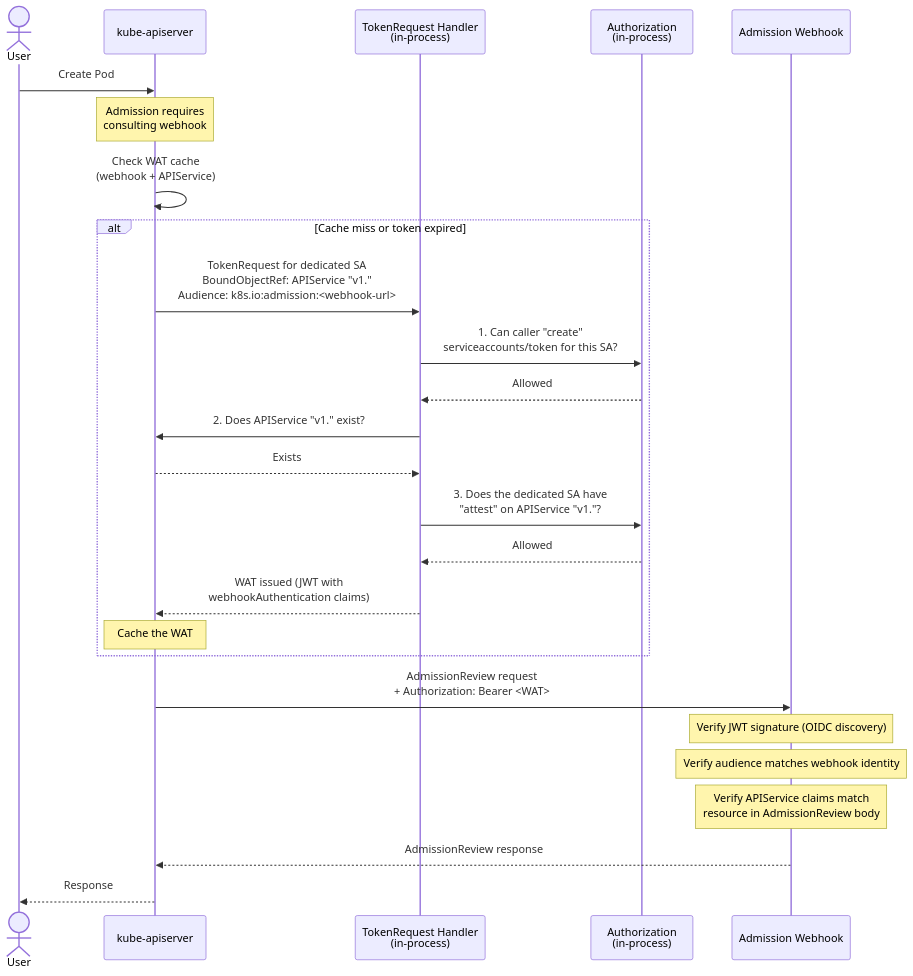
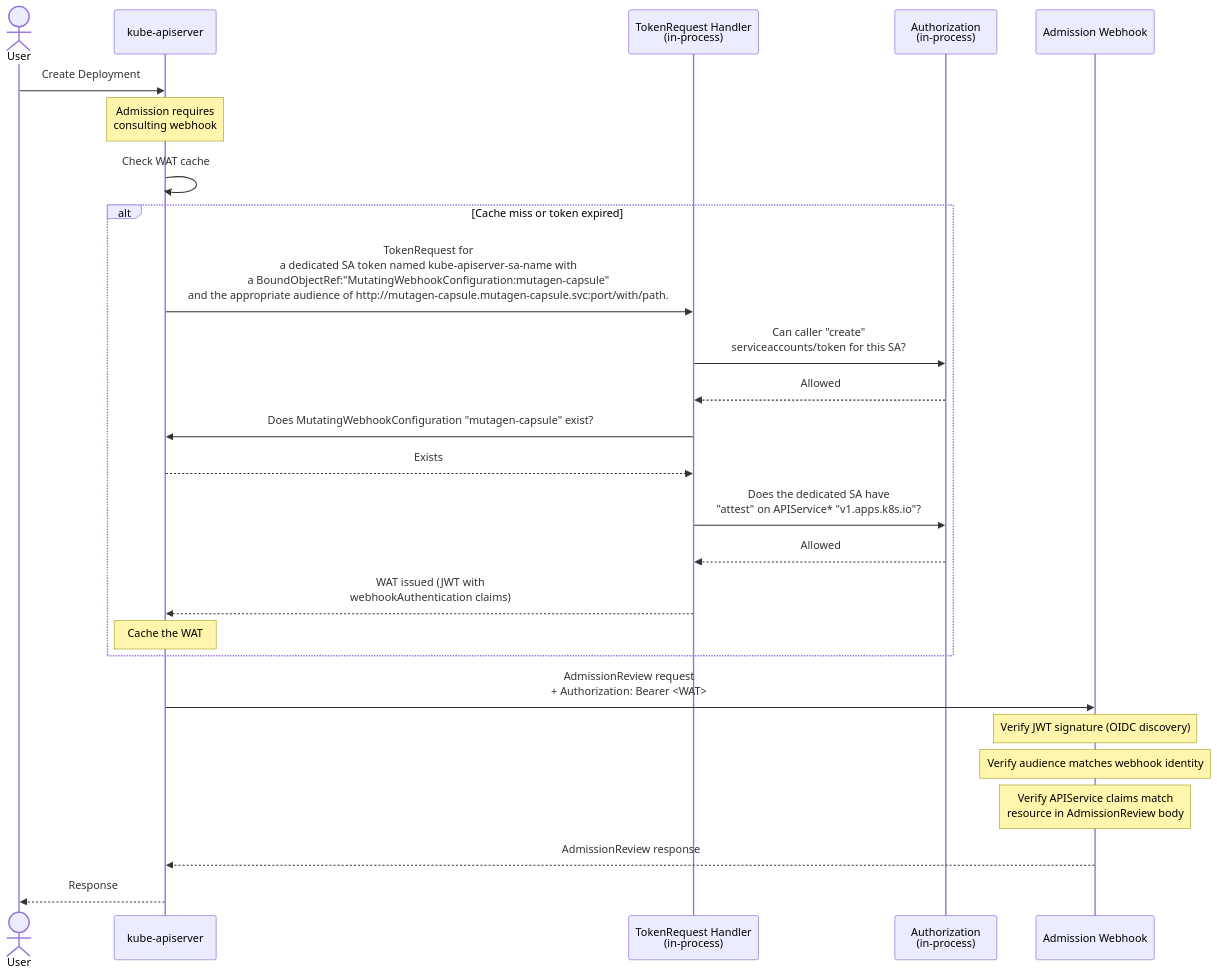
One commit to pmengelbert/enhancements changed the first of 2 diagrams in keps/sig-auth/6060-api-server-authentication-to-webhooks/README.md. Above: the diagram before and after it, drawn with Mermaid. The commit also changed other lines of this file, not shown here.

Commit message:
mermaid diagram 1:revisions

````diff
--- a/keps/sig-auth/6060-api-server-authentication-to-webhooks/README.md
+++ b/keps/sig-auth/6060-api-server-authentication-to-webhooks/README.md
@@ -385,38 +435,39 @@
 ```mermaid
 sequenceDiagram
     actor User
     participant KAS as kube-apiserver
     participant TokenReq as TokenRequest Handler<br/>(in-process)
     participant Authz as Authorization<br/>(in-process)
     participant Webhook as Admission Webhook
 
-    User->>KAS: Create Pod
+    User->>KAS: Create Deployment
 
     Note over KAS: Admission requires<br/>consulting webhook
 
-    KAS->>KAS: Check WAT cache<br/>(webhook + APIService)
+    KAS->>KAS: Check WAT cache
     alt Cache miss or token expired
-        KAS->>TokenReq: TokenRequest for dedicated SA<br/>BoundObjectRef: APIService "v1."<br/>Audience: k8s.io:admission:<webhook-url>
+        KAS->>TokenReq: TokenRequest for<br/>a dedicated SA token named kube-apiserver-sa-name with <br/>a BoundObjectRef:"MutatingWebhookConfiguration:mutagen-capsule"<br/>and the appropriate audience of http://mutagen-capsule.mutagen-capsule.svc:port/with/path.
 
-        TokenReq->>Authz: 1. Can caller "create"<br/>serviceaccounts/token for this SA?
+
+        TokenReq->>Authz: Can caller "create"<br/>serviceaccounts/token for this SA?
         Authz-->>TokenReq: Allowed
 
-        TokenReq->>KAS: 2. Does APIService "v1." exist?
+        TokenReq->>KAS: Does MutatingWebhookConfiguration "mutagen-capsule" exist?
         KAS-->>TokenReq: Exists
 
-        TokenReq->>Authz: 3. Does the dedicated SA have<br/>"attest" on APIService "v1."?
+        TokenReq->>Authz: Does the dedicated SA have<br/>"attest" on APIService* "v1.apps.k8s.io"?
         Authz-->>TokenReq: Allowed
 
         TokenReq-->>KAS: WAT issued (JWT with<br/>webhookAuthentication claims)
         Note over KAS: Cache the WAT
     end
 
     KAS->>Webhook: AdmissionReview request<br/>+ Authorization: Bearer <WAT>
 
     Note over Webhook: Verify JWT signature (OIDC discovery)
     Note over Webhook: Verify audience matches webhook identity
     Note over Webhook: Verify APIService claims match<br/>resource in AdmissionReview body
 
     Webhook-->>KAS: AdmissionReview response
     KAS-->>User: Response
 ```
````
